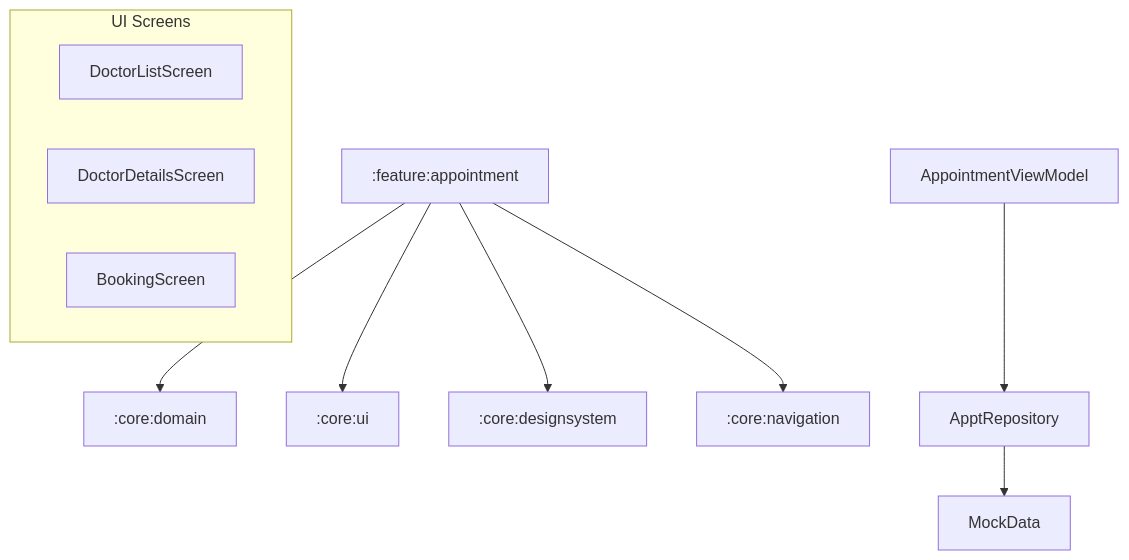
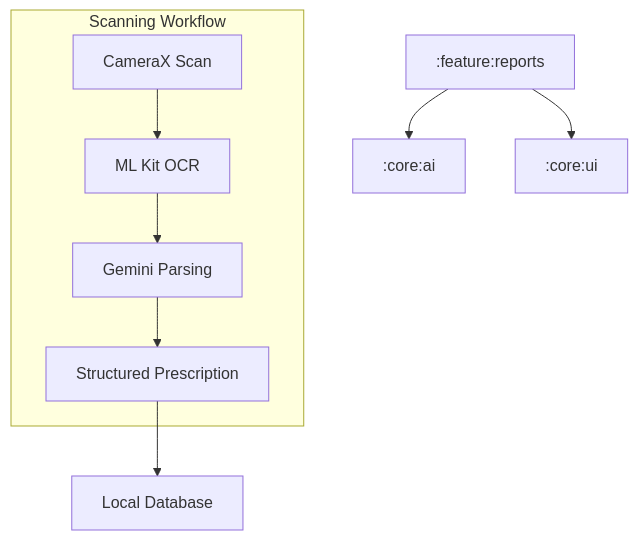
One commit to KotlinFiroj/Ai-HealthCare-App changed the diagram in .artifacts/4dc8775b-7ddf-49a0-b4e6-8fda79cbdfec/implementation_plan.artifact.md. Above: the diagram before and after it, drawn with Mermaid. The commit also changed other lines of this file and 21 other files, not shown here.

Commit message:
Implement Phase 8: Medical Reports & Prescription OCR feature with document scanning, AI parsing, and report management

````diff
--- a/.artifacts/4dc8775b-7ddf-49a0-b4e6-8fda79cbdfec/implementation_plan.artifact.md
+++ b/.artifacts/4dc8775b-7ddf-49a0-b4e6-8fda79cbdfec/implementation_plan.artifact.md
@@ -53,16 +49,13 @@
 ```mermaid
 graph TD
-    F_Appt[:feature:appointment] --> C_Domain[:core:domain]
-    F_Appt --> C_UI[:core:ui]
-    F_Appt --> C_DS[:core:designsystem]
-    F_Appt --> C_Nav[:core:navigation]
+    F_Reports[:feature:reports] --> C_AI[:core:ai]
+    F_Reports --> C_UI[:core:ui]
 
-    subgraph UI Screens
-        DL[DoctorListScreen]
-        DD[DoctorDetailsScreen]
-        BS[BookingScreen]
+    subgraph Scanning Workflow
+        Scan[CameraX Scan] --> OCR[ML Kit OCR]
+        OCR --> Gemini[Gemini Parsing]
+        Gemini --> StructuredData[Structured Prescription]
     end
 
-    ApptVM[AppointmentViewModel] --> ApptRepository
-    ApptRepository --> MockData
+    StructuredData --> DB[Local Database]
 ```
````
